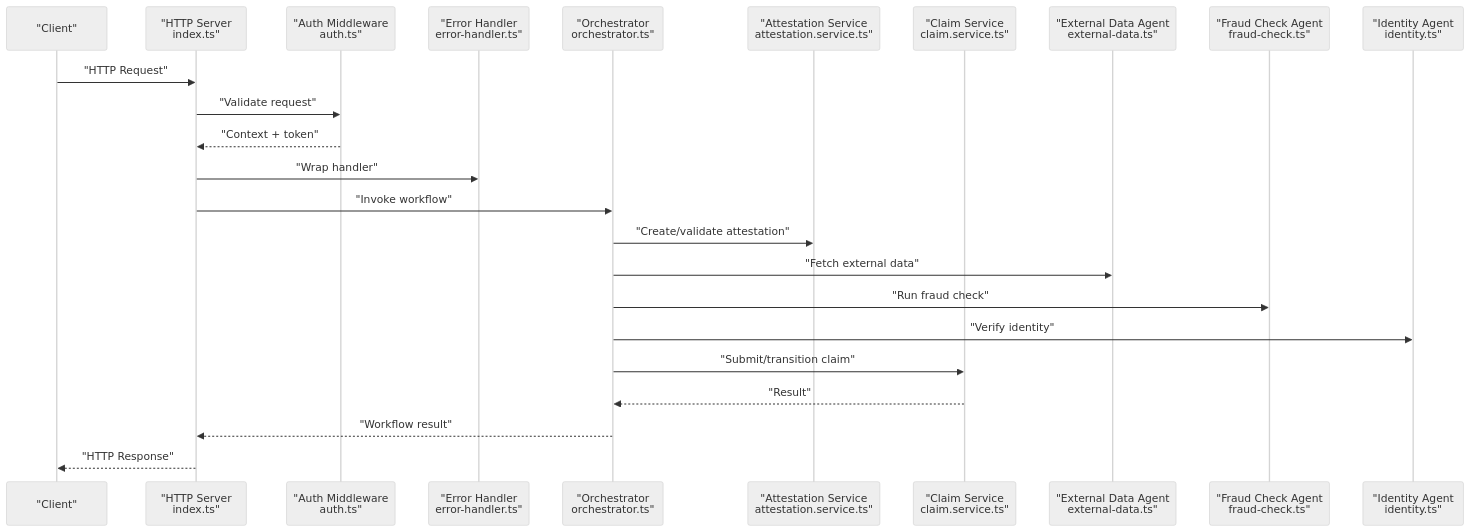
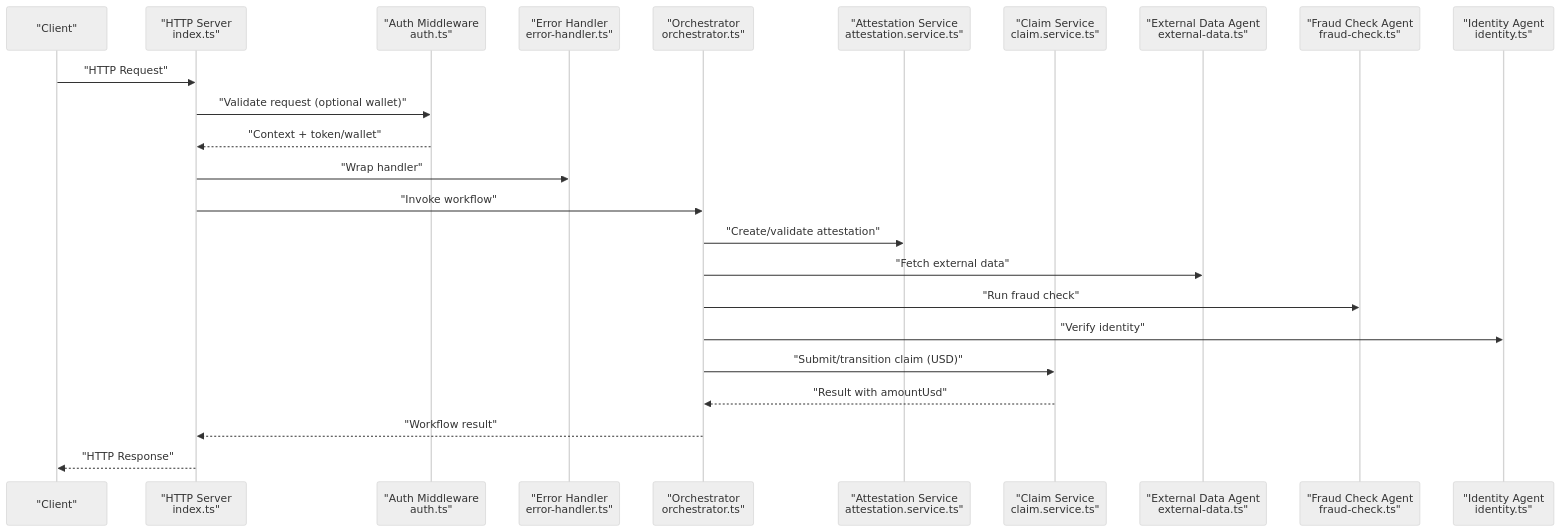
The second of 9 diagrams in .qoder/repowiki/en/content/Architecture Overview/Backend Services Architecture.md (hieudepoet/Insurix), drawn with Mermaid (neutral theme) before and after one commit. The commit also changed other lines of this file and 63 other files, not shown here.

````diff
--- a/.qoder/repowiki/en/content/Architecture Overview/Backend Services Architecture.md
+++ b/.qoder/repowiki/en/content/Architecture Overview/Backend Services Architecture.md
@@ -106,26 +113,26 @@
 ```mermaid
 sequenceDiagram
 participant Client as "Client"
 participant API as "HTTP Server<br/>index.ts"
 participant Auth as "Auth Middleware<br/>auth.ts"
 participant Err as "Error Handler<br/>error-handler.ts"
 participant Orchestrator as "Orchestrator<br/>orchestrator.ts"
 participant Attestation as "Attestation Service<br/>attestation.service.ts"
 participant Claim as "Claim Service<br/>claim.service.ts"
 participant ExtData as "External Data Agent<br/>external-data.ts"
 participant Fraud as "Fraud Check Agent<br/>fraud-check.ts"
 participant Identity as "Identity Agent<br/>identity.ts"
 Client->>API : "HTTP Request"
-API->>Auth : "Validate request"
-Auth-->>API : "Context + token"
+API->>Auth : "Validate request (optional wallet)"
+Auth-->>API : "Context + token/wallet"
 API->>Err : "Wrap handler"
 API->>Orchestrator : "Invoke workflow"
 Orchestrator->>Attestation : "Create/validate attestation"
 Orchestrator->>ExtData : "Fetch external data"
 Orchestrator->>Fraud : "Run fraud check"
 Orchestrator->>Identity : "Verify identity"
-Orchestrator->>Claim : "Submit/transition claim"
-Claim-->>Orchestrator : "Result"
+Orchestrator->>Claim : "Submit/transition claim (USD)"
+Claim-->>Orchestrator : "Result with amountUsd"
 Orchestrator-->>API : "Workflow result"
 API-->>Client : "HTTP Response"
 ```
````
